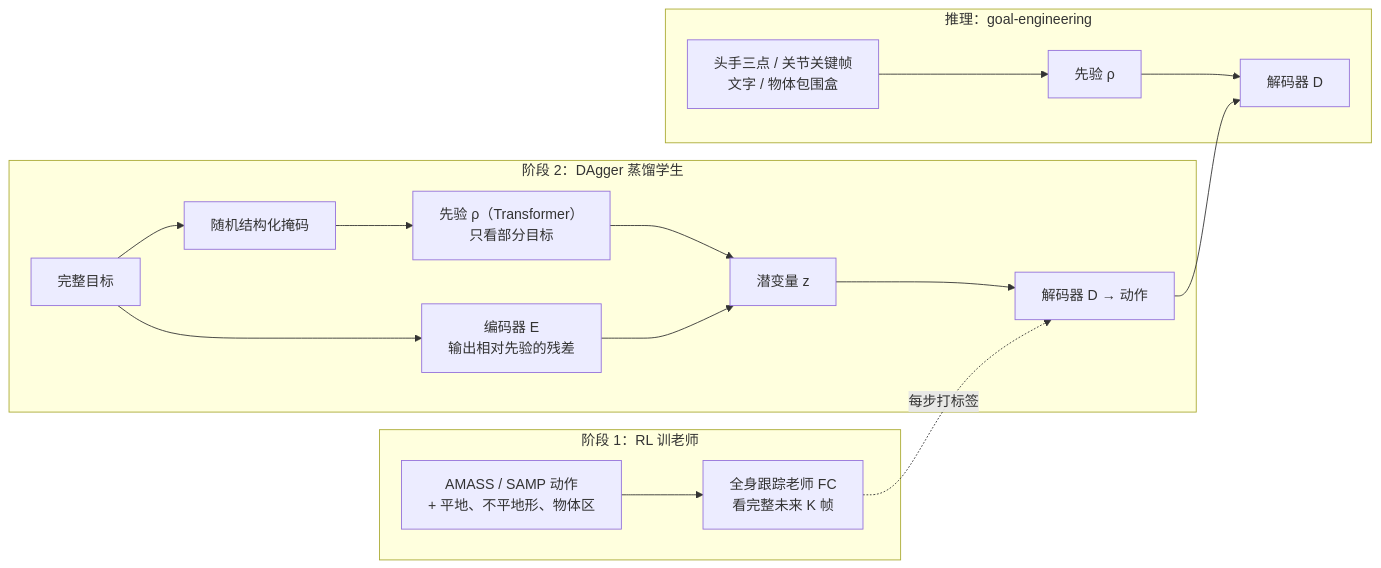
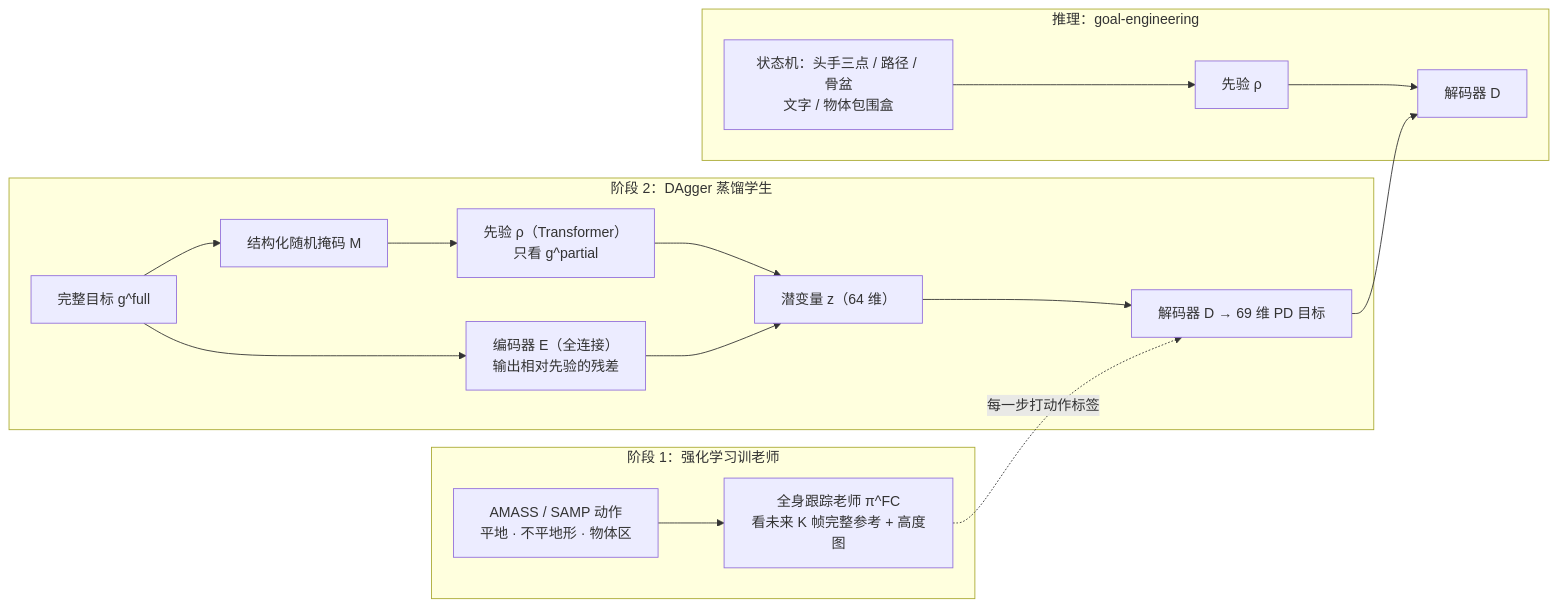
One commit to ImChong/Robot_Learning_Paper_Notebooks changed the second of 2 diagrams in papers/03_High_Impact_Selection/MaskedMimic_Unified_Physics-Based_Character_Control_Through_Masked_Motion_Inpainting/MaskedMimic_Unified_Physics-Based_Character_Control_Through_Masked_Motion_Inpainting.md. Above: the diagram before and after it, drawn with Mermaid. The commit also changed other lines of this file and 35 other files, not shown here.

```diff
--- a/papers/03_High_Impact_Selection/MaskedMimic_Unified_Physics-Based_Character_Control_Through_Masked_Motion_Inpainting/MaskedMimic_Unified_Physics-Based_Character_Control_Through_Masked_Motion_Inpainting.md
+++ b/papers/03_High_Impact_Selection/MaskedMimic_Unified_Physics-Based_Character_Control_Through_Masked_Motion_Inpainting/MaskedMimic_Unified_Physics-Based_Character_Control_Through_Masked_Motion_Inpainting.md
@@ -121,19 +148,19 @@
 <div class="mermaid">
 flowchart LR
-  subgraph S1["阶段 1：RL 训老师"]
-    R["AMASS / SAMP 动作<br/>+ 平地、不平地形、物体区"] --> FC["全身跟踪老师 FC<br/>看完整未来 K 帧"]
+  subgraph S1["阶段 1：强化学习训老师"]
+    R["AMASS / SAMP 动作<br/>平地 · 不平地形 · 物体区"] --> FC["全身跟踪老师 π^FC<br/>看未来 K 帧完整参考 + 高度图"]
   end
   subgraph S2["阶段 2：DAgger 蒸馏学生"]
-    G["完整目标"] --> M["随机结构化掩码"]
-    M --> P["先验 ρ（Transformer）<br/>只看部分目标"]
-    G --> E["编码器 E<br/>输出相对先验的残差"]
-    P --> Z["潜变量 z"]
+    G["完整目标 g^full"] --> M["结构化随机掩码 M"]
+    M --> P["先验 ρ（Transformer）<br/>只看 g^partial"]
+    G --> E["编码器 E（全连接）<br/>输出相对先验的残差"]
+    P --> Z["潜变量 z（64 维）"]
     E --> Z
-    Z --> D["解码器 D → 动作"]
-    FC -. 每步打标签 .-> D
+    Z --> D["解码器 D → 69 维 PD 目标"]
+    FC -. 每一步打动作标签 .-> D
   end
   subgraph S3["推理：goal-engineering"]
-    U["头手三点 / 关节关键帧<br/>文字 / 物体包围盒"] --> P2["先验 ρ"] --> D2["解码器 D"]
+    U["状态机：头手三点 / 路径 / 骨盆<br/>文字 / 物体包围盒"] --> P2["先验 ρ"] --> D2["解码器 D"]
   end
   D --> D2
 </div>
```
